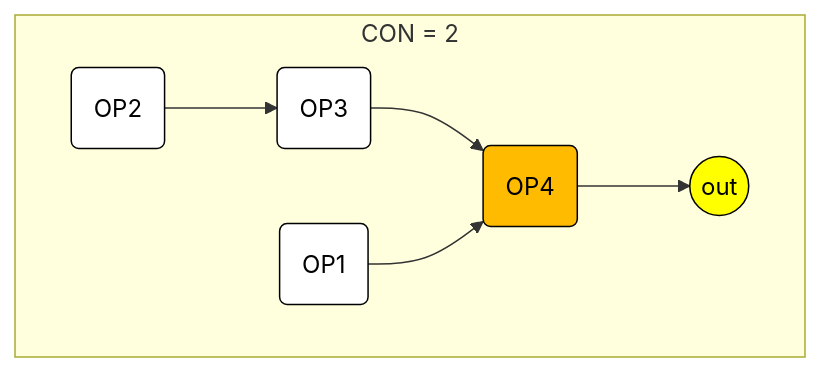
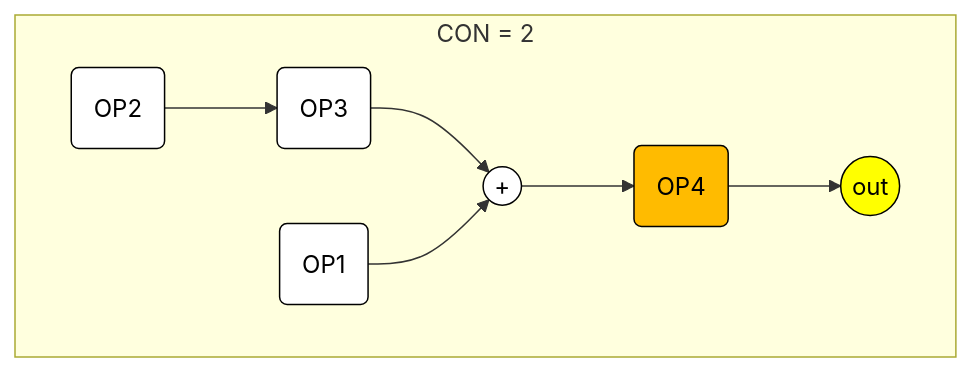
The third of 14 diagrams in docs/ch06/6_56.md (lineardrive/V3MMLmanual), drawn with Mermaid before and after one commit. The commit also changed other lines of this file and 1 other file, not shown here.

Commit message:
CON図更新

````diff
--- a/docs/ch06/6_56.md
+++ b/docs/ch06/6_56.md
@@ -59,13 +60,14 @@
 ```mermaid
 flowchart LR
   subgraph CON["CON = 2"]
     direction LR
-    OP2("OP2") --> OP3("OP3") --> OP4("OP4") --> OUT(("out"))
-    OP1("OP1") --> OP4("OP4")
+    OP2("OP2") --> OP3("OP3") --> S(("+")) --> OP4("OP4") --> OUT(("out"))
+    OP1("OP1") --> S(("+"))
   end
 style OP1 fill:#fff, stroke:#000, color:#000
 style OP2 fill:#fff, stroke:#000, color:#000
 style OP3 fill:#fff, stroke:#000, color:#000
 style OP4 fill:#fb0, stroke:#000, color:#000
+style S   fill:#fff, stroke:#000, color:#000
 style OUT fill:#ff0, stroke:#000, color:#000
 ```
````
